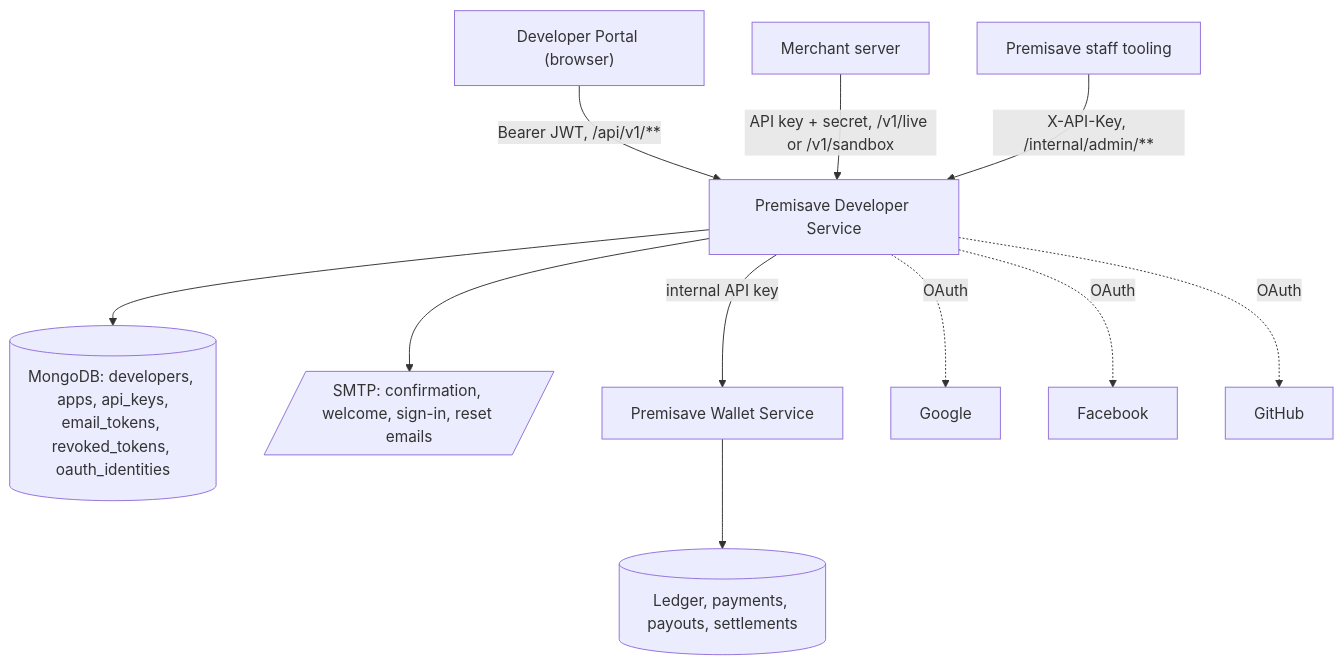
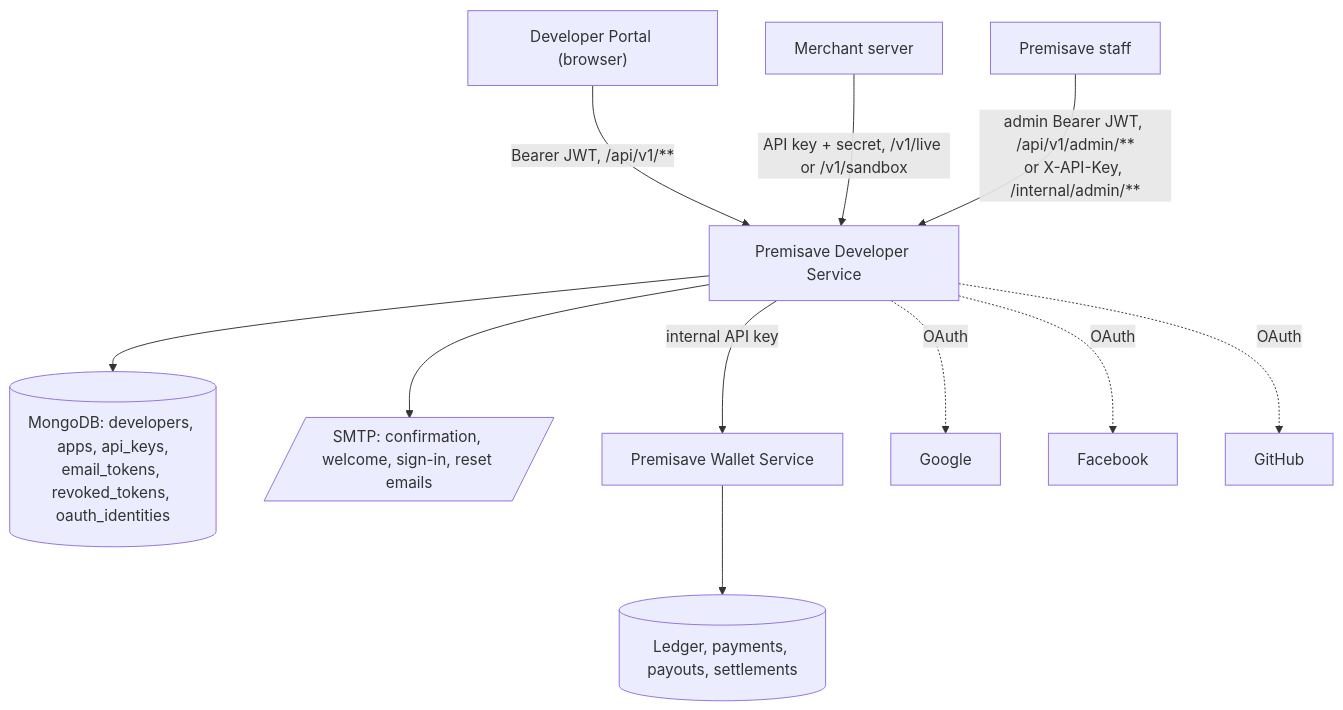
One commit to peacemakerbill/premisave-developer-service changed the first of 10 diagrams in README.md. Above: the diagram before and after it, drawn with Mermaid. The commit also changed other lines of this file and 53 other files, not shown here.

````diff
--- a/README.md
+++ b/README.md
@@ -161,15 +161,15 @@
 ```mermaid
 flowchart TD
     Portal["Developer Portal (browser)"] -->|"Bearer JWT, /api/v1/**"| Dev[Premisave Developer Service]
     Merchant["Merchant server"] -->|"API key + secret, /v1/live or /v1/sandbox"| Dev
-    Staff["Premisave staff tooling"] -->|"X-API-Key, /internal/admin/**"| Dev
+    Staff["Premisave staff"] -->|"admin Bearer JWT, /api/v1/admin/**<br/>or X-API-Key, /internal/admin/**"| Dev
 
     Dev --> Mongo[("MongoDB: developers, apps, api_keys,<br/>email_tokens, revoked_tokens, oauth_identities")]
     Dev --> SMTP[/"SMTP: confirmation, welcome, sign-in, reset emails"/]
     Dev -->|"internal API key"| Wallet["Premisave Wallet Service"]
     Wallet --> Rails[("Ledger, payments, payouts, settlements")]
 
     Dev -.OAuth.-> Google["Google"]
     Dev -.OAuth.-> Facebook["Facebook"]
     Dev -.OAuth.-> GitHub["GitHub"]
 ```
````
